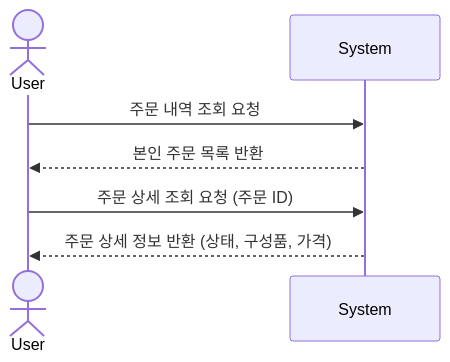
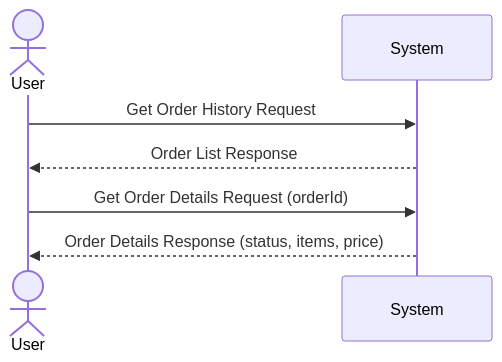
One commit to Ddogan-zip/ddoganzip-backend changed the sixth of 11 diagrams in docs/system-sequence-diagrams.md. Above: the diagram before and after it, drawn with Mermaid. The commit also changed other lines of this file, not shown here.

First line of the commit message:
Update sequence diagram messages to English

````diff
--- a/docs/system-sequence-diagrams.md
+++ b/docs/system-sequence-diagrams.md
@@ -80,11 +80,11 @@
 ```mermaid
 sequenceDiagram
     actor User
     participant System
 
-    User->>System: 주문 내역 조회 요청
-    System-->>User: 본인 주문 목록 반환
+    User->>System: Get Order History Request
+    System-->>User: Order List Response
 
-    User->>System: 주문 상세 조회 요청 (주문 ID)
-    System-->>User: 주문 상세 정보 반환 (상태, 구성품, 가격)
+    User->>System: Get Order Details Request (orderId)
+    System-->>User: Order Details Response (status, items, price)
 ```
````
